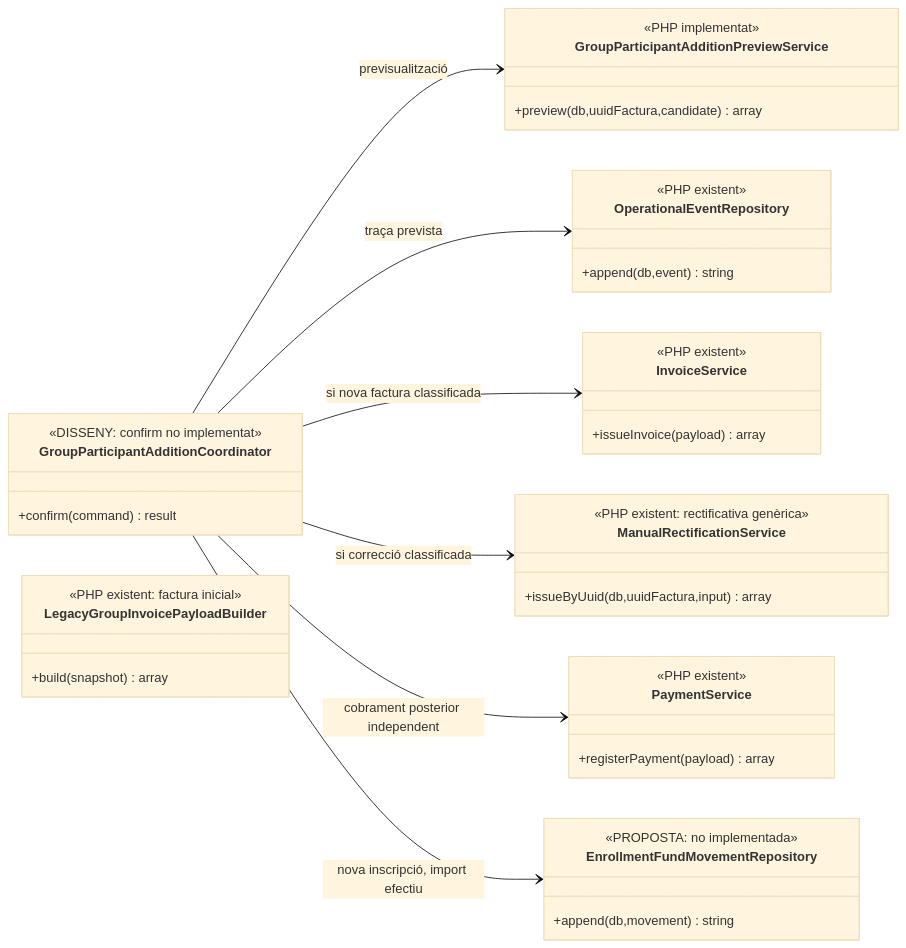
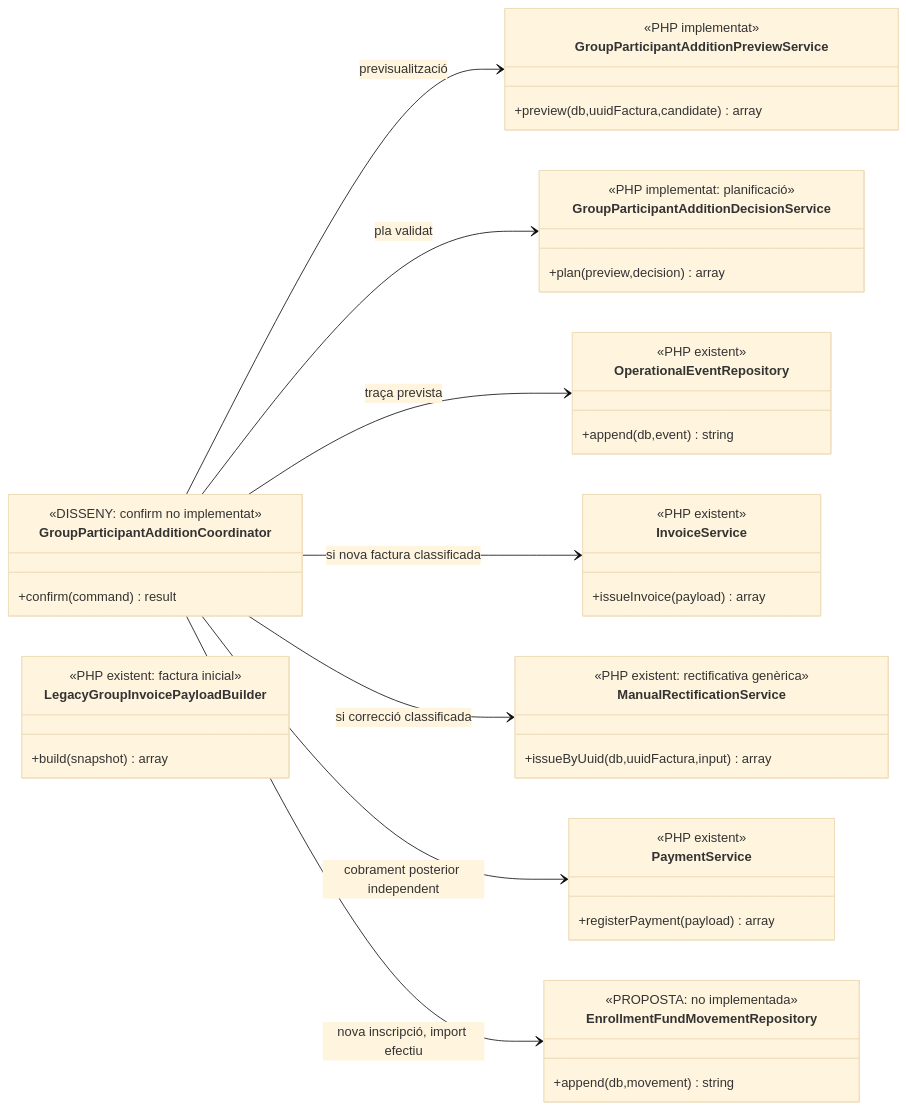
One commit to orgmeriemprismacat-del/verifactu changed the third of 4 diagrams in documentacio/07-uml-integrat/uc-016a-afegir-participant-grup-emes.md. Above: the diagram before and after it, drawn with Mermaid (base theme). The commit also changed other lines of this file, not shown here.

Commit message:
UC-016A document explicit addition decision planner

````diff
--- a/documentacio/07-uml-integrat/uc-016a-afegir-participant-grup-emes.md
+++ b/documentacio/07-uml-integrat/uc-016a-afegir-participant-grup-emes.md
@@ -109,42 +109,47 @@
 ```mermaid
 classDiagram
 direction LR
 class GroupParticipantAdditionCoordinator {
  <<DISSENY: confirm no implementat>>
  +confirm(command) result
 }
 class GroupParticipantAdditionPreviewService {
  <<PHP implementat>>
  +preview(db,uuidFactura,candidate) array
+}
+class GroupParticipantAdditionDecisionService {
+ <<PHP implementat: planificació>>
+ +plan(preview,decision) array
 }
 class OperationalEventRepository {
  <<PHP existent>>
  +append(db,event) string
 }
 class InvoiceService {
  <<PHP existent>>
  +issueInvoice(payload) array
 }
 class ManualRectificationService {
  <<PHP existent: rectificativa genèrica>>
  +issueByUuid(db,uuidFactura,input) array
 }
 class LegacyGroupInvoicePayloadBuilder {
  <<PHP existent: factura inicial>>
  +build(snapshot) array
 }
 class PaymentService {
  <<PHP existent>>
  +registerPayment(payload) array
 }
 class EnrollmentFundMovementRepository {
  <<PROPOSTA: no implementada>>
  +append(db,movement) string
 }
 GroupParticipantAdditionCoordinator --> GroupParticipantAdditionPreviewService : previsualització
+GroupParticipantAdditionCoordinator --> GroupParticipantAdditionDecisionService : pla validat
 GroupParticipantAdditionCoordinator --> OperationalEventRepository : traça prevista
 GroupParticipantAdditionCoordinator --> InvoiceService : si nova factura classificada
 GroupParticipantAdditionCoordinator --> ManualRectificationService : si correcció classificada
 GroupParticipantAdditionCoordinator --> PaymentService : cobrament posterior independent
 GroupParticipantAdditionCoordinator --> EnrollmentFundMovementRepository : nova inscripció, import efectiu
 ```
````
